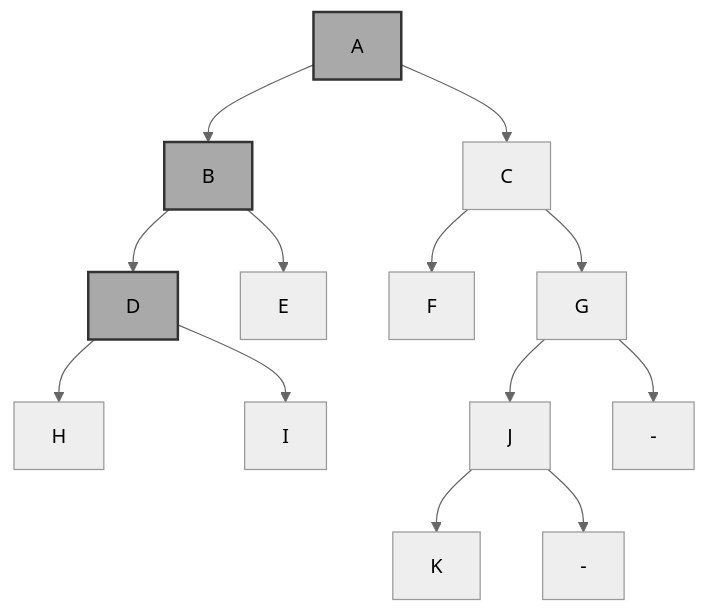
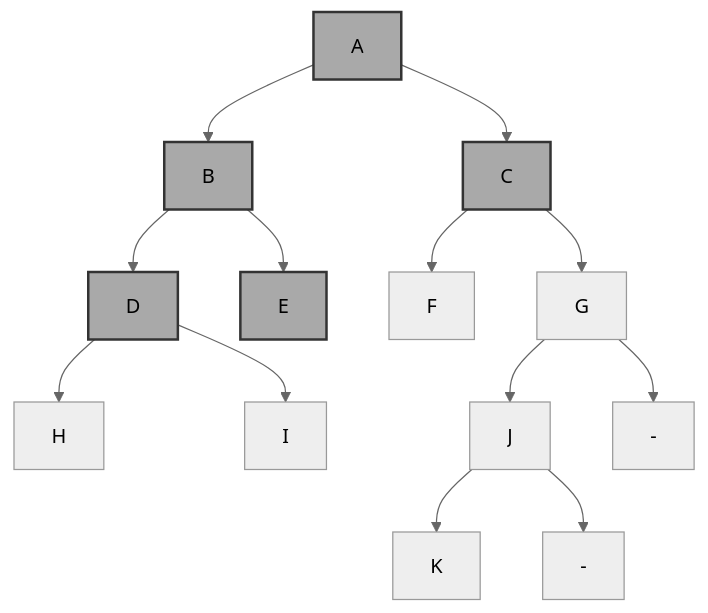
One commit to remykarem/remykarem.github.io changed the fourth of 19 diagrams in books-src/data-structures-and-algorithms-book/src/algorithms/search/depth-first/post-order.md. Above: the diagram before and after it, drawn with Mermaid (neutral theme). The commit also changed other lines of this file and 7 other files, not shown here.

````diff
--- a/books-src/data-structures-and-algorithms-book/src/algorithms/search/depth-first/post-order.md
+++ b/books-src/data-structures-and-algorithms-book/src/algorithms/search/depth-first/post-order.md
@@ -60,20 +61,22 @@
 ```mermaid
 graph TD
     X1["-"]
     X2["-"]
     A --> B
     A --> C
     B --> D
     B --> E
     C --> F
     C --> G
     D --> H
     D --> I
     G --> J
     G --> X1
     J --> K
     J --> X2
     style A fill:#a9a9a9,stroke:#333,stroke-width:2px
     style B fill:#a9a9a9,stroke:#333,stroke-width:2px
+    style C fill:#a9a9a9,stroke:#333,stroke-width:2px
     style D fill:#a9a9a9,stroke:#333,stroke-width:2px
+    style E fill:#a9a9a9,stroke:#333,stroke-width:2px
 ```
````
